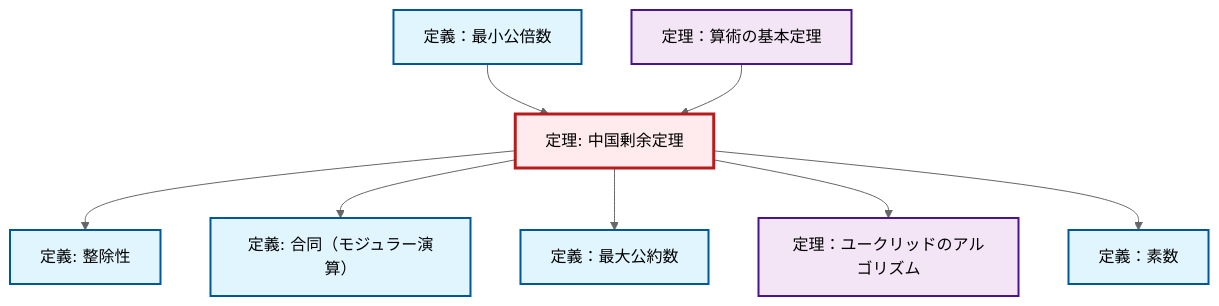
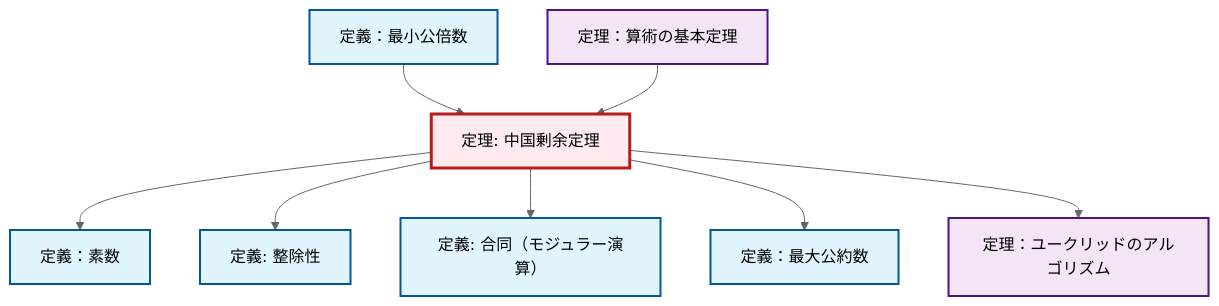
One commit to RK0429/ModernMath changed the diagram in content/ja/number-theory/thm-chinese-remainder.qmd. Above: the diagram before and after it, drawn with Mermaid (neutral theme). The commit also changed other lines of this file and 328 other files, not shown here.

````diff
--- a/content/ja/number-theory/thm-chinese-remainder.qmd
+++ b/content/ja/number-theory/thm-chinese-remainder.qmd
@@ -89,32 +89,32 @@
 ```{mermaid}
 %%| fig-cap: "ローカル依存関係グラフ"
 graph TD
     classDef definition fill:#e1f5fe,stroke:#01579b,stroke-width:2px
     classDef theorem fill:#f3e5f5,stroke:#4a148c,stroke-width:2px
     classDef axiom fill:#fff3e0,stroke:#e65100,stroke-width:2px
     classDef example fill:#e8f5e9,stroke:#1b5e20,stroke-width:2px
     classDef current fill:#ffebee,stroke:#b71c1c,stroke-width:3px
+    thm-fundamental-arithmetic["定理：算術の基本定理"]:::theorem
+    thm-chinese-remainder["定理: 中国剰余定理"]:::theorem
+    def-lcm["定義：最小公倍数"]:::definition
     thm-euclidean-algorithm["定理：ユークリッドのアルゴリズム"]:::theorem
-    def-lcm["定義：最小公倍数"]:::definition
-    thm-fundamental-arithmetic["定理：算術の基本定理"]:::theorem
+    def-divisibility["定義: 整除性"]:::definition
     def-congruence["定義: 合同（モジュラー演算）"]:::definition
+    def-gcd["定義：最大公約数"]:::definition
     def-prime["定義：素数"]:::definition
-    def-gcd["定義：最大公約数"]:::definition
-    thm-chinese-remainder["定理: 中国剰余定理"]:::theorem
-    def-divisibility["定義: 整除性"]:::definition
     def-lcm --> thm-chinese-remainder
+    thm-chinese-remainder --> def-prime
+    thm-fundamental-arithmetic --> thm-chinese-remainder
     thm-chinese-remainder --> def-divisibility
     thm-chinese-remainder --> def-congruence
-    thm-fundamental-arithmetic --> thm-chinese-remainder
     thm-chinese-remainder --> def-gcd
     thm-chinese-remainder --> thm-euclidean-algorithm
-    thm-chinese-remainder --> def-prime
     class thm-chinese-remainder current
+    click thm-fundamental-arithmetic "thm-fundamental-arithmetic.html" "定理：算術の基本定理へ"
+    click def-lcm "def-lcm.html" "定義：最小公倍数へ"
     click thm-euclidean-algorithm "thm-euclidean-algorithm.html" "定理：ユークリッドのアルゴリズムへ"
-    click def-lcm "def-lcm.html" "定義：最小公倍数へ"
-    click thm-fundamental-arithmetic "thm-fundamental-arithmetic.html" "定理：算術の基本定理へ"
+    click def-divisibility "def-divisibility.html" "整除性の定義へ"
     click def-congruence "def-congruence.html" "合同（モジュラー演算）の定義へ"
+    click def-gcd "def-gcd.html" "定義：最大公約数へ"
     click def-prime "def-prime.html" "定義：素数へ"
-    click def-gcd "def-gcd.html" "定義：最大公約数へ"
-    click def-divisibility "def-divisibility.html" "整除性の定義へ"
 ```
````
